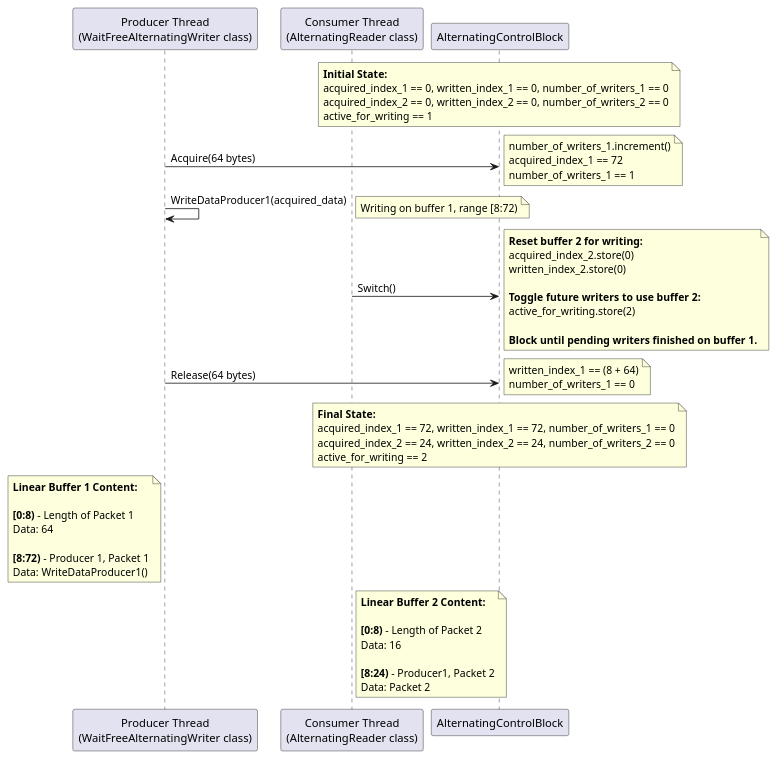
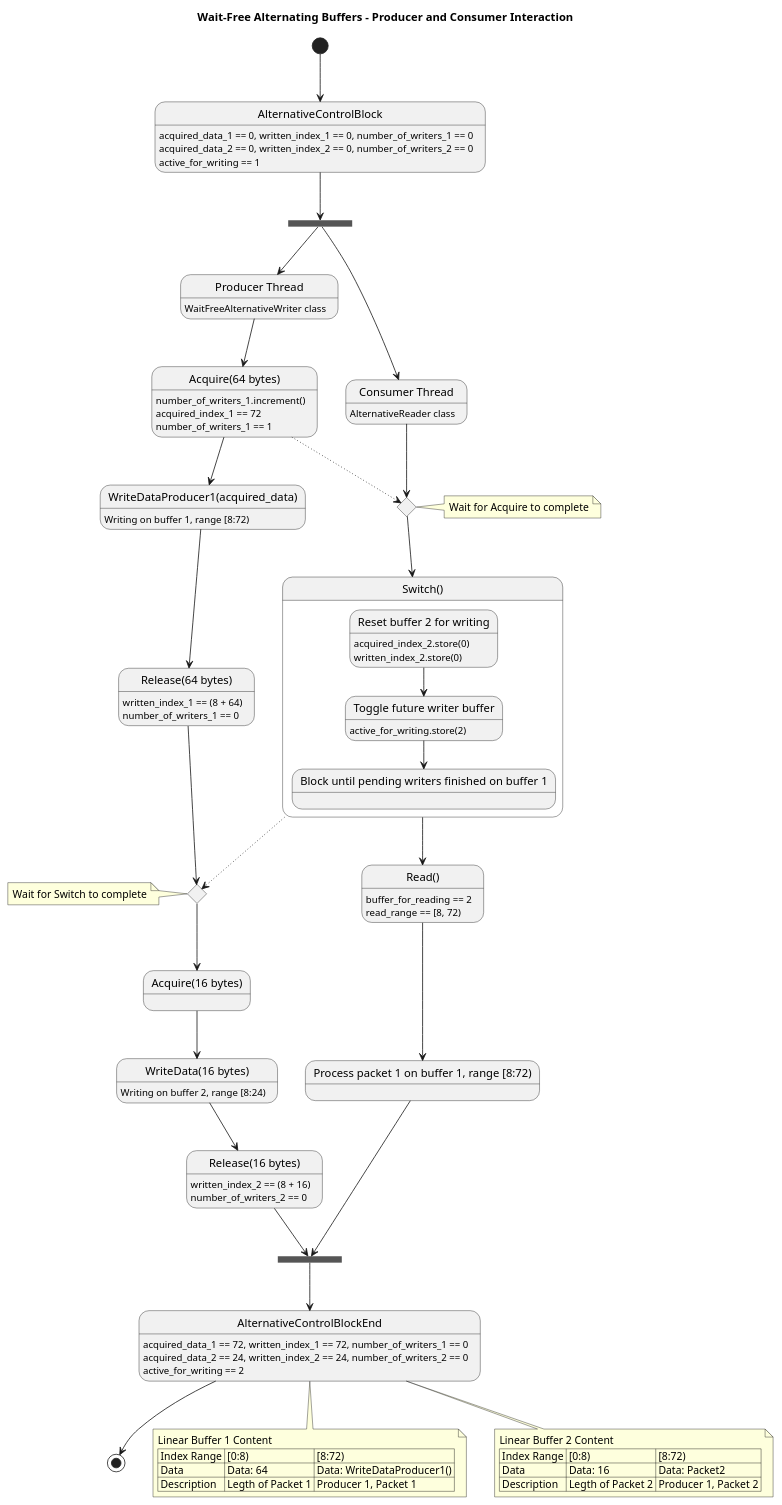
The diagram in detail/wait_free_producer_queue/design/wait_free_alternating_buffers.puml (eclipse-score/inc_mw_log), drawn with PlantUML before and after one commit. The commit also changed 9 other files, not shown here.

Commit message:
more diagrams

```diff
--- a/detail/wait_free_producer_queue/design/wait_free_alternating_buffers.puml
+++ b/detail/wait_free_producer_queue/design/wait_free_alternating_buffers.puml
@@ -1,71 +1,117 @@
 @startuml wait_free_alternating_buffers
+title Wait-Free Alternating Buffers - Producer and Consumer Interaction
 
-participant "Producer Thread\n(WaitFreeAlternatingWriter class)" as Producer
-participant "Consumer Thread\n(AlternatingReader class)" as Consumer
-participant "AlternatingControlBlock" as ControlBlock
+state AlternativeControlBlock
+AlternativeControlBlock: acquired_data_1 == 0, written_index_1 == 0, number_of_writers_1 == 0
+AlternativeControlBlock: acquired_data_2 == 0, written_index_2 == 0, number_of_writers_2 == 0
+AlternativeControlBlock: active_for_writing == 1
 
-note over ControlBlock
-  **Initial State:**
-  acquired_index_1 == 0, written_index_1 == 0, number_of_writers_1 == 0
-  acquired_index_2 == 0, written_index_2 == 0, number_of_writers_2 == 0
-  active_for_writing == 1
+state AlternativeControlBlockEnd
+AlternativeControlBlockEnd: acquired_data_1 == 72, written_index_1 == 72, number_of_writers_1 == 0
+AlternativeControlBlockEnd: acquired_data_2 == 24, written_index_2 == 24, number_of_writers_2 == 0
+AlternativeControlBlockEnd: active_for_writing == 2
+
+state "Producer Thread" as ProducerThread 
+ProducerThread: WaitFreeAlternativeWriter class
+
+state "Consumer Thread" as ConsumerThread 
+ConsumerThread: AlternativeReader class
+
+state fork_state <<fork>>
+state join_state <<join>>
+
+state "Acquire(64 bytes)" as Acquire64
+Acquire64: number_of_writers_1.increment()
+Acquire64: acquired_index_1 == 72
+Acquire64: number_of_writers_1 == 1
+
+state "Acquire Complete" as  AcquireComplete <<choice>>
+state "Switch Complete" as  SwitchComplete <<choice>>
+
+state "Switch()" as Switch {
+state "Reset buffer 2 for writing" as Reset
+Reset: acquired_index_2.store(0)
+Reset: written_index_2.store(0)
+
+state "Toggle future writer buffer" as Toggle
+Toggle: active_for_writing.store(2)
+
+state "Block until pending writers finished on buffer 1" as Block
+
+Reset --> Toggle
+Toggle --> Block
+}
+
+state "WriteDataProducer1(acquired_data)" as WriteDataProducer1
+WriteDataProducer1: Writing on buffer 1, range [8:72)
+
+state "Release(64 bytes)" as Release64
+Release64: written_index_1 == (8 + 64)
+Release64: number_of_writers_1 == 0
+
+state "Read()" as Read
+Read: buffer_for_reading == 2
+Read: read_range == [8, 72)
+
+state "Process packet 1 on buffer 1, range [8:72)" as Process
+
+state "WriteData(16 bytes)" as WriteDataProducer2
+WriteDataProducer2: Writing on buffer 2, range [8:24)
+
+state "Acquire(16 bytes)" as Acquire16
+state "Release(16 bytes)" as Release16
+Release16: written_index_2 == (8 + 16)
+Release16: number_of_writers_2 == 0
+
+[*] --> AlternativeControlBlock
+
+AlternativeControlBlock --> fork_state
+
+fork_state --> ConsumerThread
+fork_state --> ProducerThread
+
+' Producer
+ProducerThread --> Acquire64
+Acquire64 --> WriteDataProducer1
+WriteDataProducer1 --> Release64
+Release64 --> SwitchComplete
+SwitchComplete --> Acquire16
+Acquire16 --> WriteDataProducer2
+WriteDataProducer2 --> Release16
+Release16 --> join_state
+
+' Consumer
+ConsumerThread -->  AcquireComplete
+AcquireComplete --> Switch
+Acquire64 -[dotted]-> AcquireComplete
+Switch --> Read
+Switch -[dotted]->  SwitchComplete 
+Read --> Process
+Process --> join_state
+
+join_state --> AlternativeControlBlockEnd
+AlternativeControlBlockEnd --> [*]
+
+note right of AcquireComplete
+Wait for Acquire to complete
+endnote
+
+note left of SwitchComplete
+Wait for Switch to complete
+endnote
+
+note bottom of AlternativeControlBlockEnd
+Linear Buffer 1 Content
+| Index Range | [0:8) | [8:72) |
+| Data | Data: 64 | Data: WriteDataProducer1() |
+| Description | Legth of Packet 1 | Producer 1, Packet 1 |
 end note
 
-Producer -> ControlBlock : Acquire(64 bytes)
-note right
-  number_of_writers_1.increment()
-  acquired_index_1 == 72
-  number_of_writers_1 == 1
-end note
-
-Producer -> Producer : WriteDataProducer1(acquired_data)
-note right
-  Writing on buffer 1, range [8:72)
-end note
-
-Consumer -> ControlBlock : Switch()
-note right
-  **Reset buffer 2 for writing:**
-  acquired_index_2.store(0)
-  written_index_2.store(0)
-  
-  **Toggle future writers to use buffer 2:**
-  active_for_writing.store(2)
-  
-  **Block until pending writers finished on buffer 1.**
-end note
-
-Producer -> ControlBlock : Release(64 bytes)
-note right
-  written_index_1 == (8 + 64)
-  number_of_writers_1 == 0
-end note
-
-note over ControlBlock
-  **Final State:**
-  acquired_index_1 == 72, written_index_1 == 72, number_of_writers_1 == 0
-  acquired_index_2 == 24, written_index_2 == 24, number_of_writers_2 == 0
-  active_for_writing == 2
-end note
-
-note left of Producer
-  **Linear Buffer 1 Content:**
-  
-  **[0:8)** - Length of Packet 1
-  Data: 64
-  
-  **[8:72)** - Producer 1, Packet 1
-  Data: WriteDataProducer1()
-end note
-
-note right of Consumer
-  **Linear Buffer 2 Content:**
-  
-  **[0:8)** - Length of Packet 2
-  Data: 16
-  
-  **[8:24)** - Producer1, Packet 2
-  Data: Packet 2
+note bottom of AlternativeControlBlockEnd
+Linear Buffer 2 Content
+| Index Range | [0:8) | [8:72) |
+| Data | Data: 16 | Data: Packet2 |
+| Description | Legth of Packet 2 | Producer 1, Packet 2 |
 end note
 
 @enduml
```
